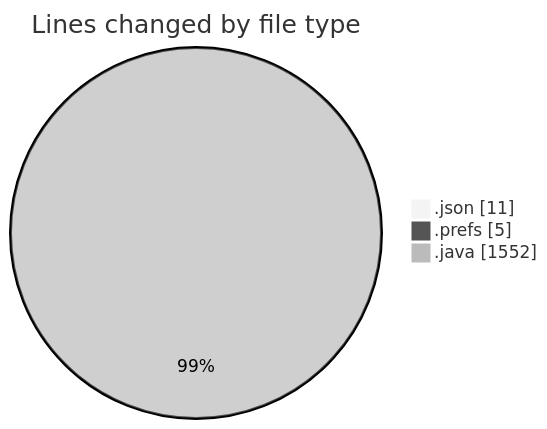
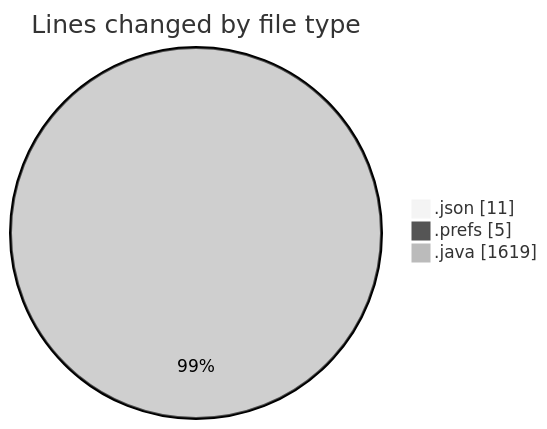
One commit to ricardozamudiocil/code-tracking changed the first of 2 diagrams in 2026-11-03/cilreports__workspace_/README.md. Above: the diagram before and after it, drawn with Mermaid (neutral theme). The commit also changed other lines of this file and 1 other file, not shown here.

````diff
--- a/2026-11-03/cilreports__workspace_/README.md
+++ b/2026-11-03/cilreports__workspace_/README.md
@@ -24,7 +24,7 @@
 ```mermaid
 pie showData
 title Lines changed by file type
 ".json" : 11
 ".prefs" : 5
-".java" : 1552
+".java" : 1619
 ```
````
